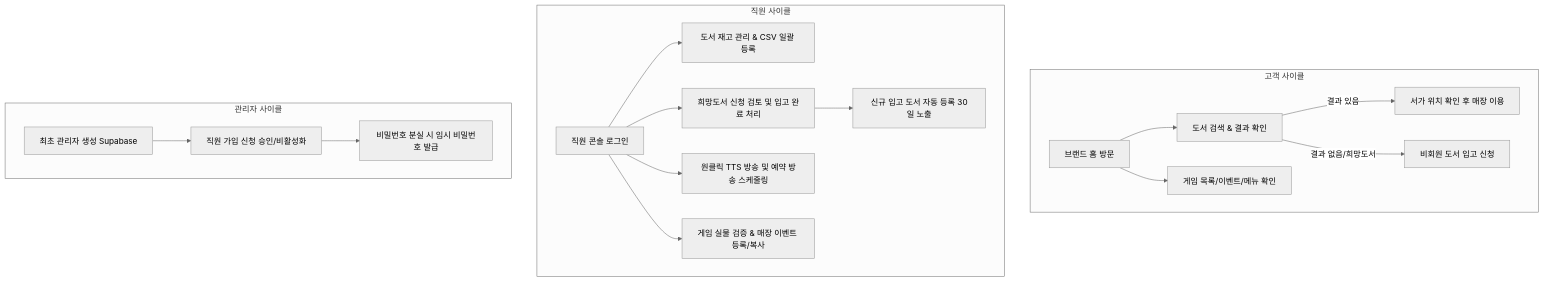
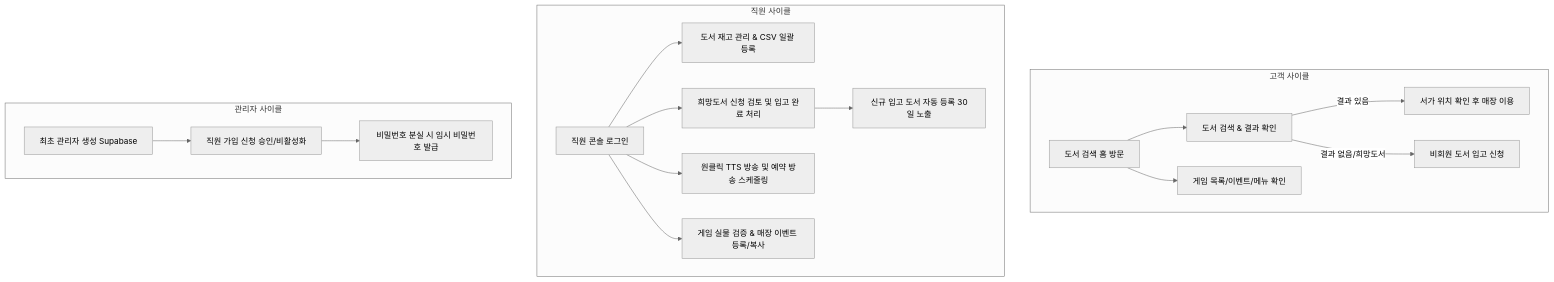
One commit to SHINJAEHEE-DEV/CartoonPlus changed the diagram in docs/PRD.md. Above: the diagram before and after it, drawn with Mermaid (neutral theme). The commit also changed other lines of this file and 67 other files, not shown here.

````diff
--- a/docs/PRD.md
+++ b/docs/PRD.md
@@ -43,22 +43,22 @@
 ```mermaid
 flowchart TD
     subgraph 고객_사이클 [고객 사이클]
-        A1[브랜드 홈 방문] --> A2[도서 검색 & 결과 확인]
+        A1[도서 검색 홈 방문] --> A2[도서 검색 & 결과 확인]
         A2 -- 결과 있음 --> A3[서가 위치 확인 후 매장 이용]
         A2 -- 결과 없음/희망도서 --> A4[비회원 도서 입고 신청]
         A1 --> A5[게임 목록/이벤트/메뉴 확인]
     end
 
     subgraph 직원_사이클 [직원 사이클]
         B1[직원 콘솔 로그인] --> B2[도서 재고 관리 & CSV 일괄 등록]
         B1 --> B3[희망도서 신청 검토 및 입고 완료 처리]
         B3 --> B4[신규 입고 도서 자동 등록 30일 노출]
         B1 --> B5[원클릭 TTS 방송 및 예약 방송 스케줄링]
         B1 --> B6[게임 실물 검증 & 매장 이벤트 등록/복사]
     end
 
     subgraph 관리자_사이클 [관리자 사이클]
         C1[최초 관리자 생성 Supabase] --> C2[직원 가입 신청 승인/비활성화]
         C2 --> C3[비밀번호 분실 시 임시 비밀번호 발급]
     end
 ```
````
